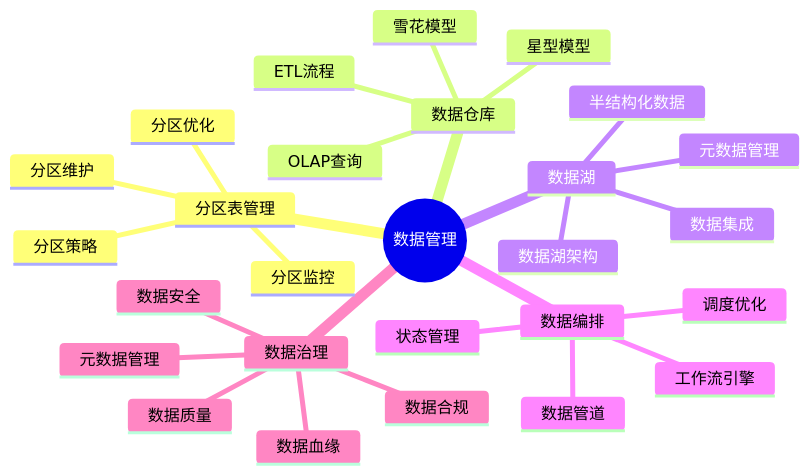
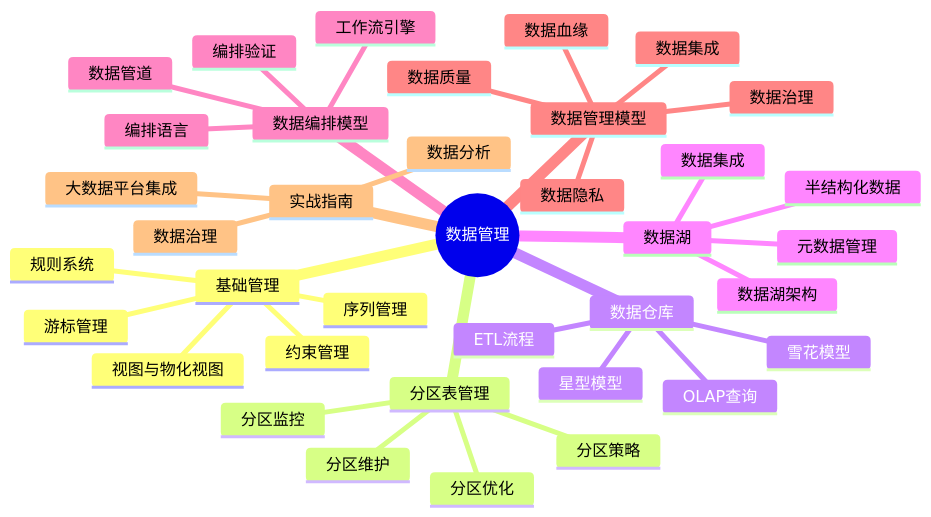
The first of 2 diagrams in Integrate/26-数据管理/README.md (AdaMartin18010/PostgreSQL_modern), drawn with Mermaid before and after one commit. The commit also changed other lines of this file and 242 other files, not shown here.

````diff
--- a/Integrate/26-数据管理/README.md
+++ b/Integrate/26-数据管理/README.md
@@ -12,30 +12,40 @@
 ```mermaid
 mindmap
   root((数据管理))
+    基础管理
+      约束管理
+      序列管理
+      规则系统
+      视图与物化视图
+      游标管理
     分区表管理
       分区策略
       分区维护
       分区优化
       分区监控
     数据仓库
       星型模型
       雪花模型
       OLAP查询
       ETL流程
     数据湖
       数据湖架构
       半结构化数据
       元数据管理
       数据集成
-    数据编排
+    数据编排模型
       数据管道
       工作流引擎
-      状态管理
-      调度优化
-    数据治理
+      编排语言
+      编排验证
+    数据管理模型
+      数据血缘
       数据质量
-      数据安全
-      数据合规
-      数据血缘
-      元数据管理
+      数据隐私
+      数据治理
+      数据集成
+    实战指南
+      数据分析
+      数据治理
+      大数据平台集成
 ```
````
